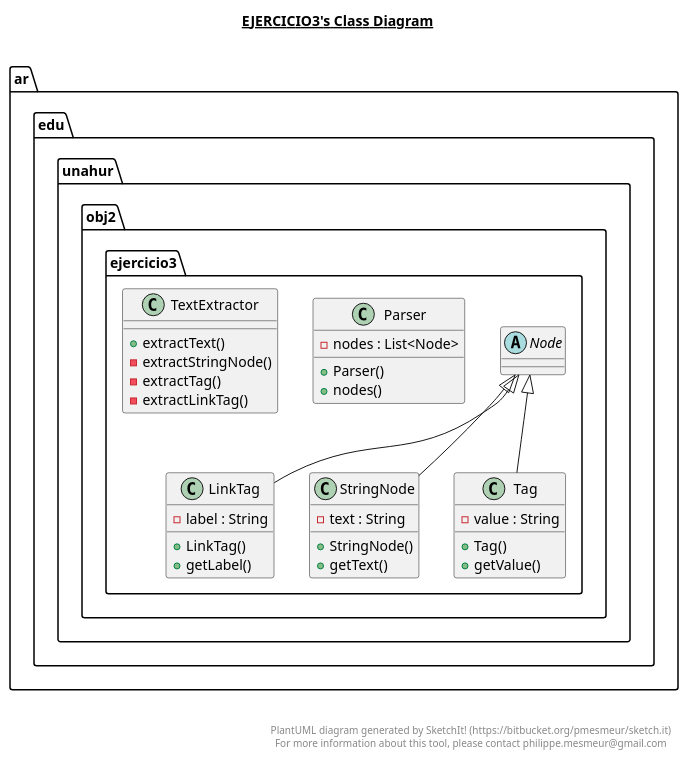
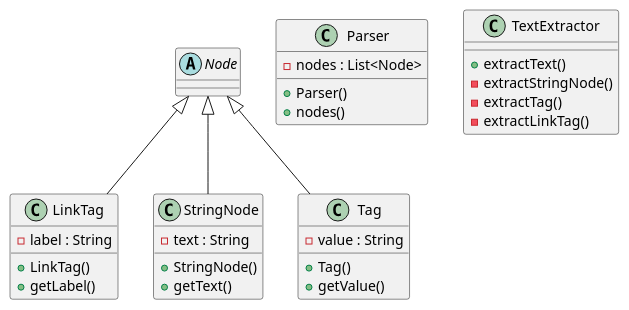
One commit to obj2-unahur/guia-ejercicios-patrones changed the diagram in src/guia/java/ar/edu/unahur/obj2/ejercicio3/ejercicio3.plantuml. Above: the diagram before and after it, drawn with PlantUML. The commit also changed 5 other files, not shown here.

Commit message:
ajustes uml

```diff
--- a/src/guia/java/ar/edu/unahur/obj2/ejercicio3/ejercicio3.plantuml
+++ b/src/guia/java/ar/edu/unahur/obj2/ejercicio3/ejercicio3.plantuml
@@ -1,81 +1,46 @@
 @startuml
 
-title __EJERCICIO3's Class Diagram__\n
+  class LinkTag {
+      - label : String
+      + LinkTag()
+      + getLabel()
+  }
 
-  package ar.edu.unahur.obj2 {
-    package ar.edu.unahur.obj2.ejercicio3 {
-      class LinkTag {
-          - label : String
-          + LinkTag()
-          + getLabel()
-      }
-    }
+  abstract class Node {
   }
-  
 
-  package ar.edu.unahur.obj2 {
-    package ar.edu.unahur.obj2.ejercicio3 {
-      abstract class Node {
-      }
-    }
+
+  class Parser {
+      - nodes : List<Node>
+      + Parser()
+      + nodes()
   }
-  
 
-  package ar.edu.unahur.obj2 {
-    package ar.edu.unahur.obj2.ejercicio3 {
-      class Parser {
-          - nodes : List<Node>
-          + Parser()
-          + nodes()
-      }
-    }
+  class StringNode {
+      - text : String
+      + StringNode()
+      + getText()
   }
-  
 
-  package ar.edu.unahur.obj2 {
-    package ar.edu.unahur.obj2.ejercicio3 {
-      class StringNode {
-          - text : String
-          + StringNode()
-          + getText()
-      }
-    }
+
+  class Tag {
+      - value : String
+      + Tag()
+      + getValue()
   }
-  
 
-  package ar.edu.unahur.obj2 {
-    package ar.edu.unahur.obj2.ejercicio3 {
-      class Tag {
-          - value : String
-          + Tag()
-          + getValue()
-      }
-    }
+
+  class TextExtractor {
+      + extractText()
+      - extractStringNode()
+      - extractTag()
+      - extractLinkTag()
   }
-  
 
-  package ar.edu.unahur.obj2 {
-    package ar.edu.unahur.obj2.ejercicio3 {
-      class TextExtractor {
-          + extractText()
-          - extractStringNode()
-          - extractTag()
-          - extractLinkTag()
-      }
-    }
-  }
-  
 
   LinkTag -up-|> Node
   StringNode -up-|> Node
   Tag -up-|> Node
 
 
-right footer
-
-
-PlantUML diagram generated by SketchIt! (https://bitbucket.org/pmesmeur/sketch.it)
-For more information about this tool, please contact philippe.mesmeur@gmail.com
-endfooter
-
 @enduml
```
